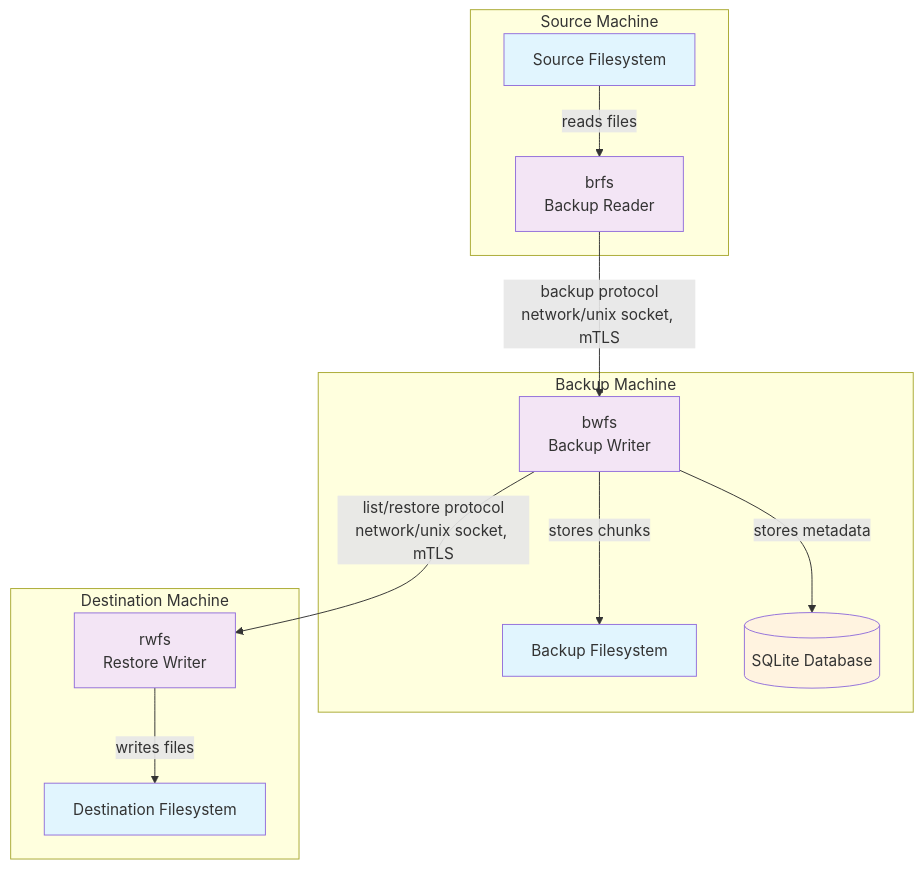
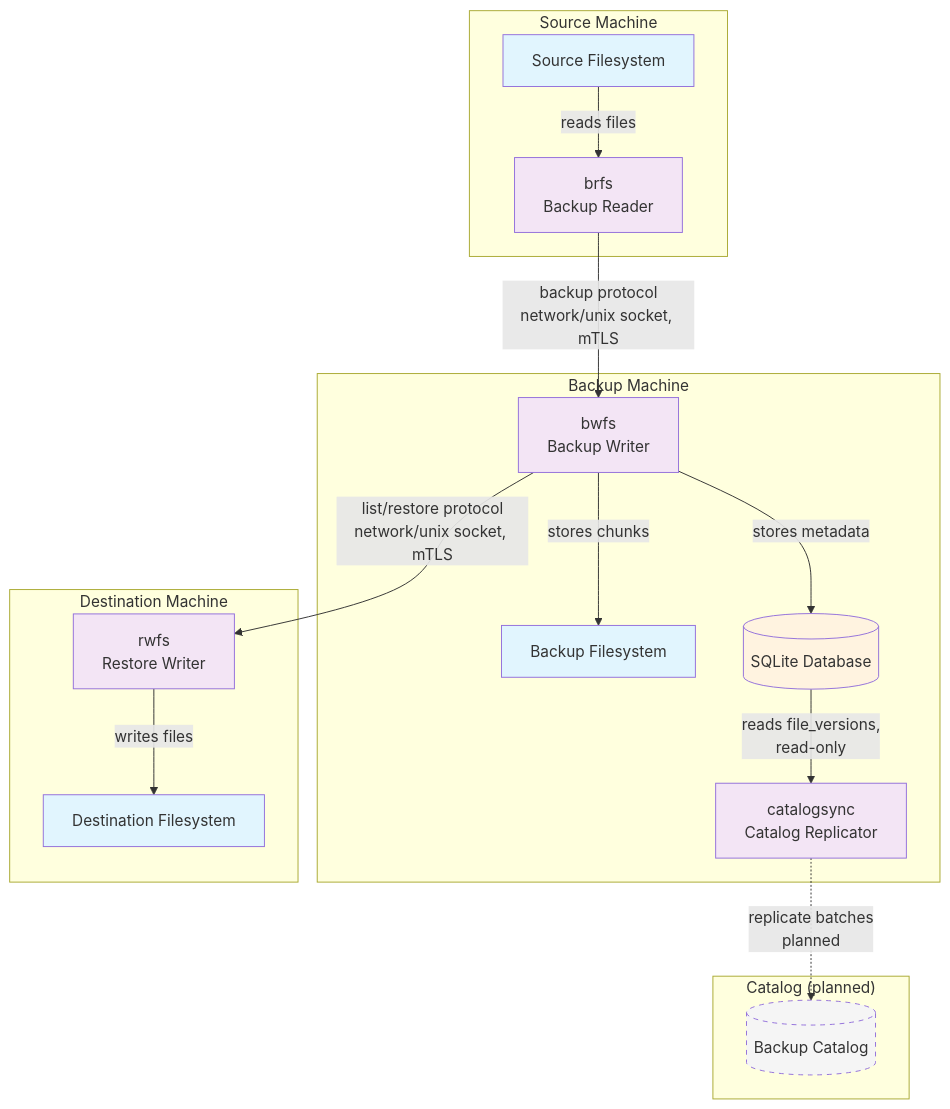
The diagram in docs/ARCHITECTURE.md (alex-sviridov/miniprotector), drawn with Mermaid before and after one commit. The commit also changed other lines of this file and 23 other files, not shown here.

````diff
--- a/docs/ARCHITECTURE.md
+++ b/docs/ARCHITECTURE.md
@@ -41,38 +42,48 @@
 ```mermaid
 graph TB
     subgraph "Source Machine"
         SrcFS[Source Filesystem]
         brfs[brfs<br/>Backup Reader]
     end
 
     subgraph "Backup Machine"
         bwfs[bwfs<br/>Backup Writer]
         BackupFS[Backup Filesystem]
         DB[(SQLite Database)]
+        catalogsync[catalogsync<br/>Catalog Replicator]
+    end
+
+    subgraph "Catalog (planned)"
+        Catalog[(Backup Catalog)]
     end
 
     subgraph "Destination Machine"
         rwfs[rwfs<br/>Restore Writer]
         DstFS[Destination Filesystem]
     end
 
     %% Backup Flow
     SrcFS -->|reads files| brfs
     brfs -->|backup protocol<br/>network/unix socket, mTLS| bwfs
     bwfs -->|stores chunks| BackupFS
     bwfs -->|stores metadata| DB
 
     %% Restore Flow (list/verify implemented)
     bwfs -->|list/restore protocol<br/>network/unix socket, mTLS| rwfs
     rwfs -->|writes files| DstFS
 
+    %% Catalog Replication Flow (bwfs's own operation is unaffected either way)
+    DB -->|reads file_versions,<br/>read-only| catalogsync
+    catalogsync -.->|replicate batches<br/>planned| Catalog
+
     classDef filesystem fill:#e1f5fe
     classDef component fill:#f3e5f5
     classDef planned fill:#f5f5f5,stroke-dasharray:5
     classDef database fill:#fff3e0
 
     class SrcFS,BackupFS,DstFS filesystem
-    class brfs,bwfs component
+    class brfs,bwfs,catalogsync component
     class rwfs component
     class DB database
+    class Catalog planned
 ```
````
